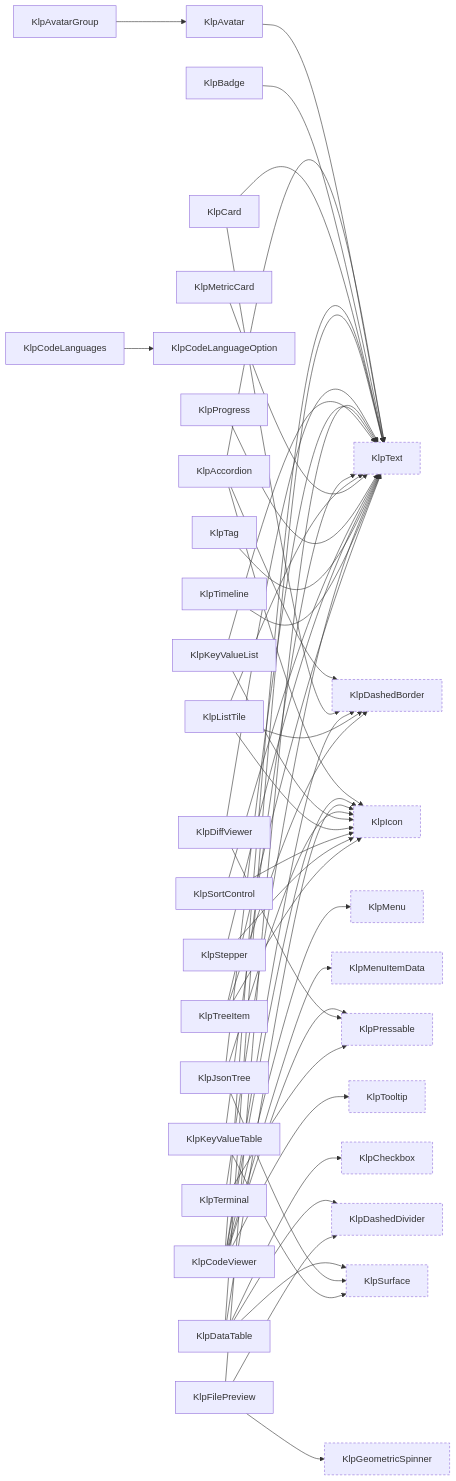
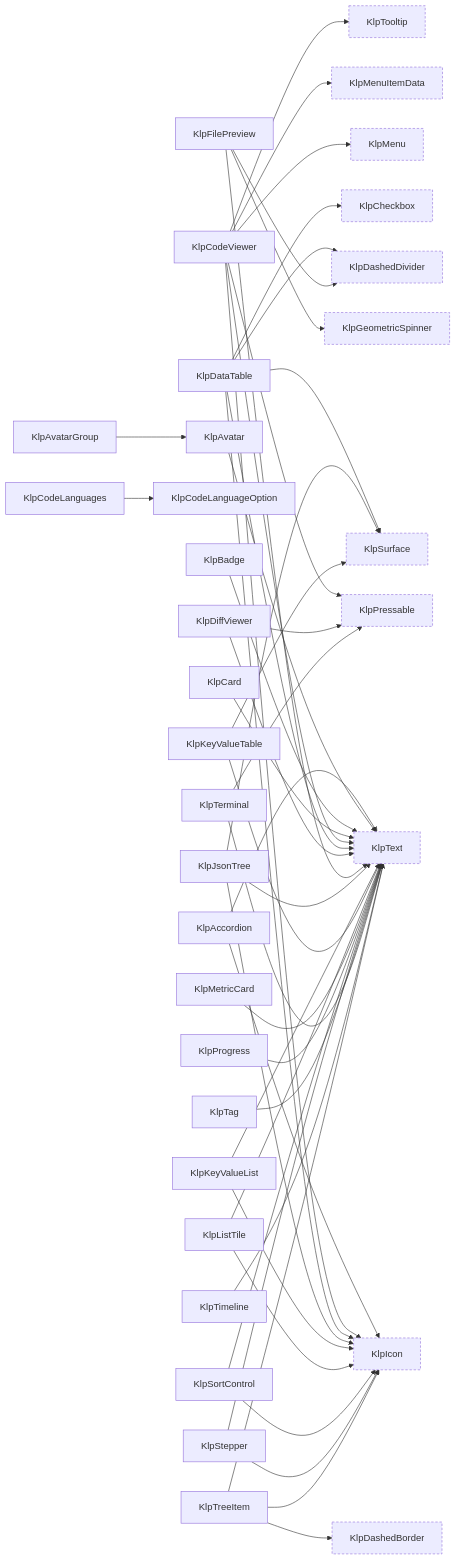
One commit to MiuDog/Kallopis changed the ninth of 16 diagrams in spec/component-inventory.md. Above: the diagram before and after it, drawn with Mermaid. The commit also changed other lines of this file and 112 other files, not shown here.

```diff
--- a/spec/component-inventory.md
+++ b/spec/component-inventory.md
@@ -568,16 +564,13 @@
   KlpTimeline["KlpTimeline"]
   KlpTooltip["KlpTooltip"]:::external
   KlpTreeItem["KlpTreeItem"]
-  KlpAccordion --> KlpDashedBorder
   KlpAccordion --> KlpIcon
   KlpAccordion --> KlpText
   KlpAvatarGroup --> KlpAvatar
   KlpAvatar --> KlpText
   KlpBadge --> KlpText
-  KlpCard --> KlpDashedBorder
   KlpCard --> KlpText
   KlpCodeLanguages --> KlpCodeLanguageOption
-  KlpCodeViewer --> KlpDashedBorder
   KlpCodeViewer --> KlpIcon
   KlpCodeViewer --> KlpMenu
   KlpCodeViewer --> KlpMenuItemData
@@ -601,7 +594,6 @@
   KlpKeyValueList --> KlpText
   KlpKeyValueTable --> KlpSurface
   KlpKeyValueTable --> KlpText
-  KlpListTile --> KlpDashedBorder
   KlpListTile --> KlpIcon
   KlpListTile --> KlpText
   KlpMetricCard --> KlpText
```
